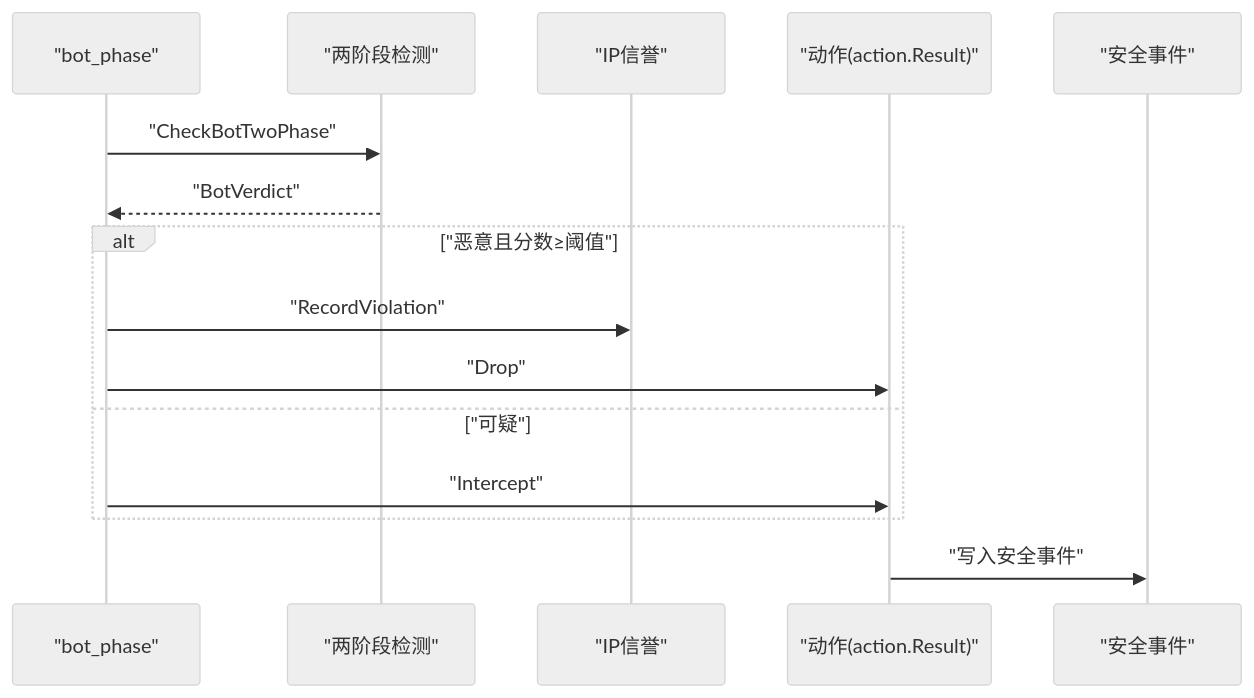
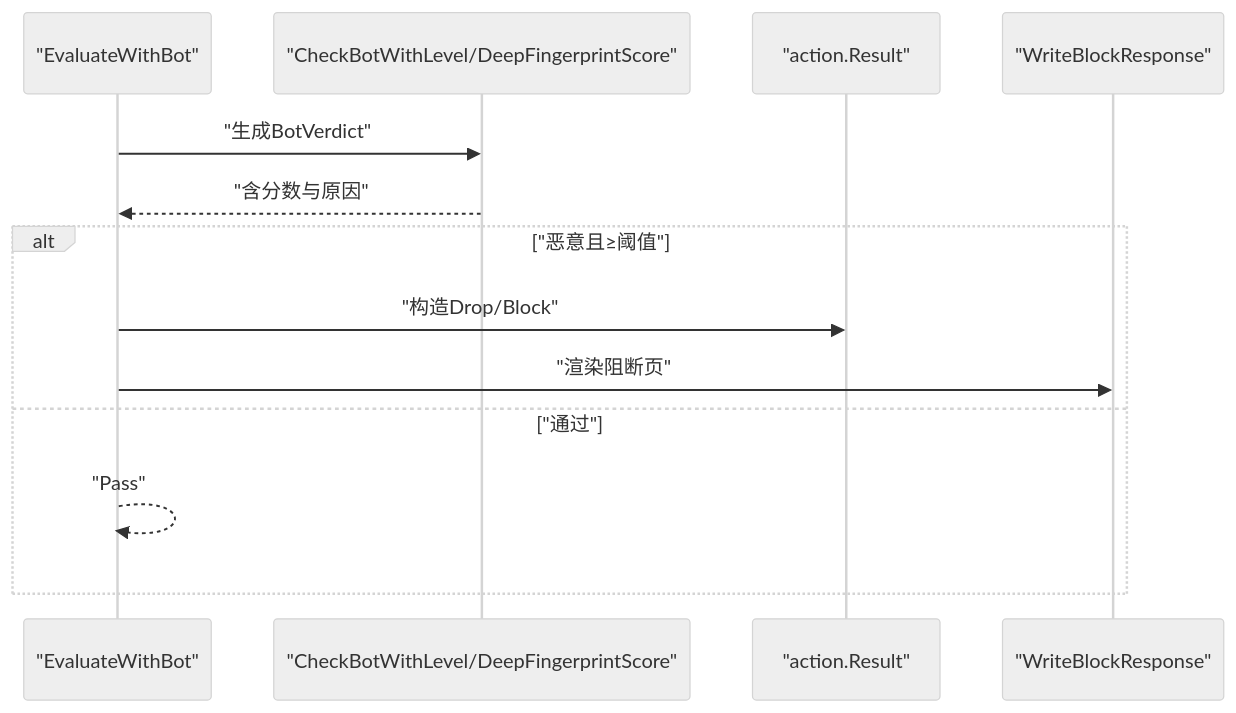
The fifth of 6 diagrams in docs/WAF 引擎系统/处理阶段详解/机器人检测阶段.md (x01n/My-OpenWaf), drawn with Mermaid (neutral theme) before and after one commit. The commit also changed other lines of this file and 199 other files, not shown here.

````diff
--- a/docs/WAF 引擎系统/处理阶段详解/机器人检测阶段.md
+++ b/docs/WAF 引擎系统/处理阶段详解/机器人检测阶段.md
@@ -295,17 +218,15 @@
 ```mermaid
 sequenceDiagram
-participant PHASE as "bot_phase"
-participant DETECT as "两阶段检测"
-participant REP as "IP信誉"
-participant ACT as "动作(action.Result)"
-participant SE as "安全事件"
-PHASE->>DETECT : "CheckBotTwoPhase"
-DETECT-->>PHASE : "BotVerdict"
-alt "恶意且分数≥阈值"
-PHASE->>REP : "RecordViolation"
-PHASE->>ACT : "Drop"
-else "可疑"
-PHASE->>ACT : "Intercept"
+participant Eval as "EvaluateWithBot"
+participant Bot as "CheckBotWithLevel/DeepFingerprintScore"
+participant Act as "action.Result"
+participant Blk as "WriteBlockResponse"
+Eval->>Bot : "生成BotVerdict"
+Bot-->>Eval : "含分数与原因"
+alt "恶意且≥阈值"
+Eval->>Act : "构造Drop/Block"
+Eval->>Blk : "渲染阻断页"
+else "通过"
+Eval-->>Eval : "Pass"
 end
-ACT->>SE : "写入安全事件"
 ```
````
